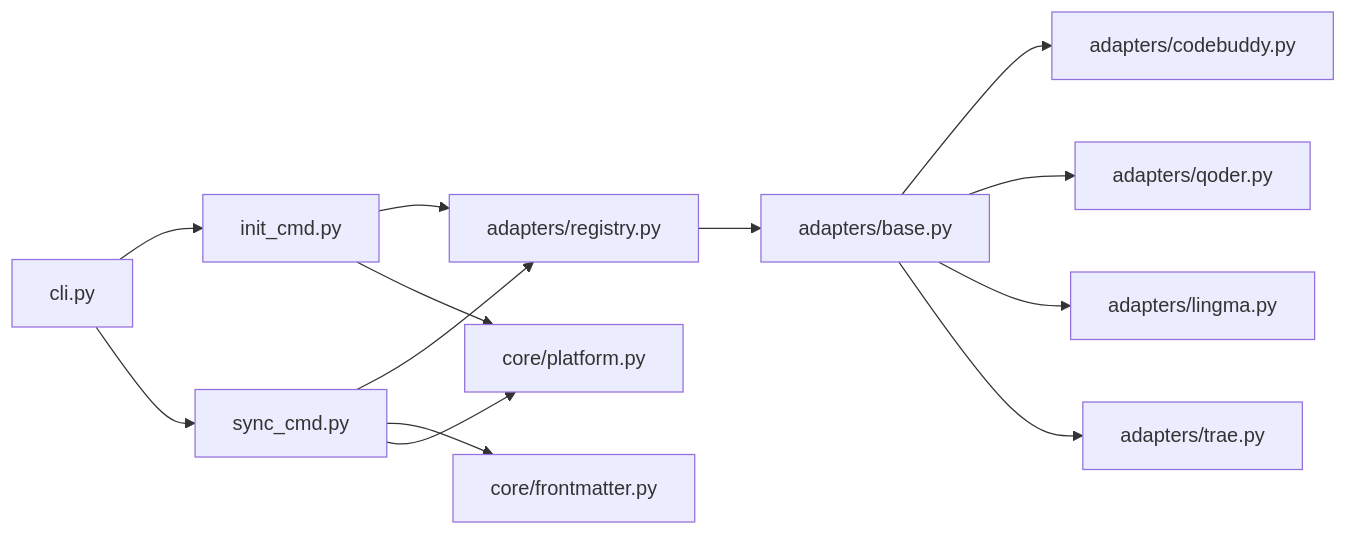
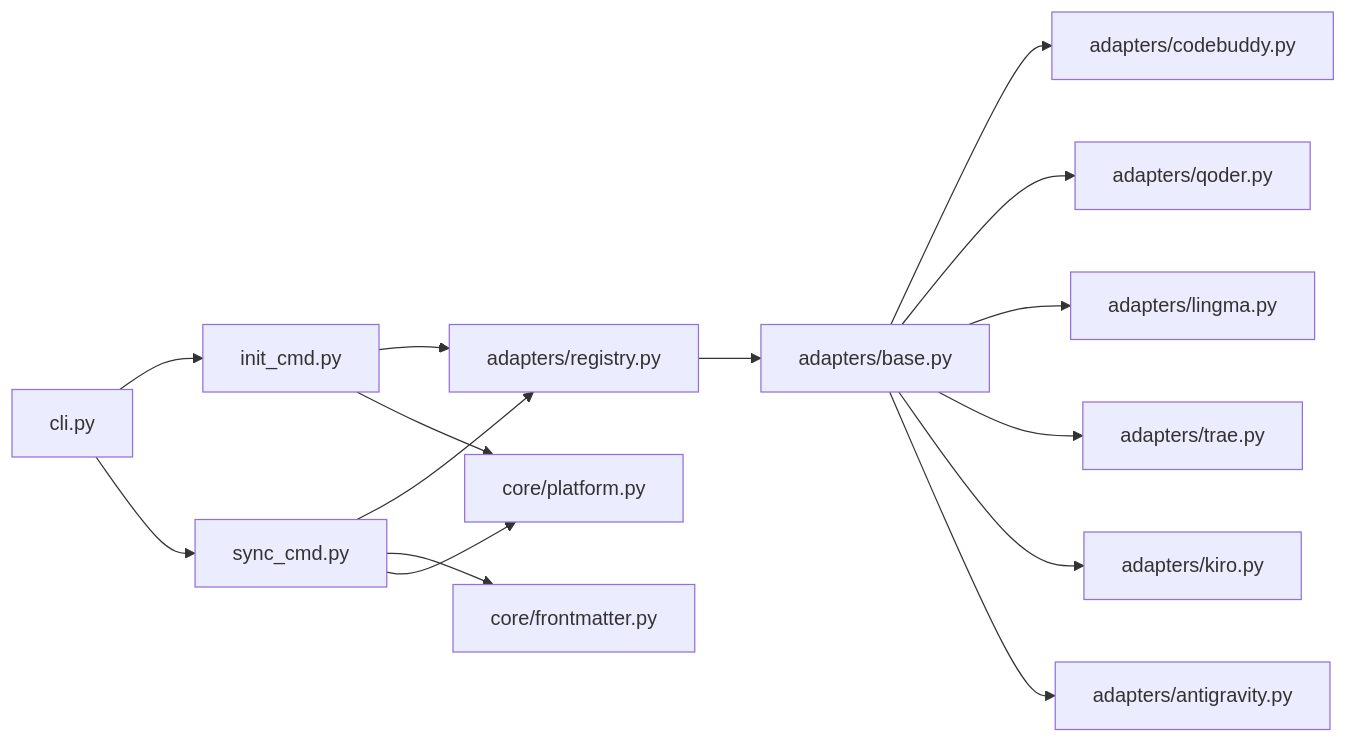
Before and after one commit to MapleWan/MSR: the fifth of 7 diagrams in .qoder/repowiki/zh/content/IDE适配器/IDE适配器.md, drawn with Mermaid. The commit also changed other lines of this file and 3 other files, not shown here.

````diff
--- a/.qoder/repowiki/zh/content/IDE适配器/IDE适配器.md
+++ b/.qoder/repowiki/zh/content/IDE适配器/IDE适配器.md
@@ -353,15 +396,17 @@
 ```mermaid
 graph LR
 CLI["cli.py"] --> INIT["init_cmd.py"]
 CLI --> SYNC["sync_cmd.py"]
 INIT --> REG["adapters/registry.py"]
 SYNC --> REG
 REG --> BASE["adapters/base.py"]
 BASE --> CB["adapters/codebuddy.py"]
 BASE --> QD["adapters/qoder.py"]
 BASE --> LM["adapters/lingma.py"]
 BASE --> TR["adapters/trae.py"]
+BASE --> KI["adapters/kiro.py"]
+BASE --> AG["adapters/antigravity.py"]
 SYNC --> FM["core/frontmatter.py"]
 SYNC --> PL["core/platform.py"]
 INIT --> PL
 ```
````
